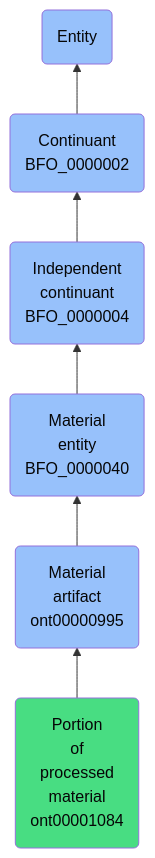
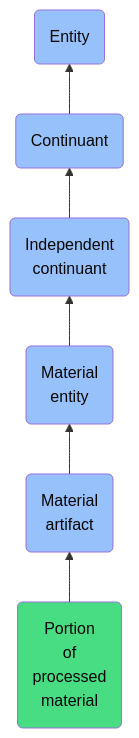
One commit to jupyter-naas/abi changed the diagram in docs/ontology/reference/model/Entity/Continuant/Independent continuant/Material entity/Material artifact/Portion of processed material/Portion of processed material.md. Above: the diagram before and after it, drawn with Mermaid. The commit also changed other lines of this file and 1430 other files, not shown here.

````diff
--- a/docs/ontology/reference/model/Entity/Continuant/Independent continuant/Material entity/Material artifact/Portion of processed material/Portion of processed material.md
+++ b/docs/ontology/reference/model/Entity/Continuant/Independent continuant/Material entity/Material artifact/Portion of processed material/Portion of processed material.md
@@ -24,13 +24,13 @@
 ```mermaid
 graph BT
-    ont00001084(Portion<br>of<br>processed<br>material<br>ont00001084):::ABI-->ont00000995
-    ont00000995(Material<br>artifact<br>ont00000995):::BFO-->BFO_0000040
-    BFO_0000040(Material<br>entity<br>BFO_0000040):::BFO-->BFO_0000004
-    BFO_0000004(Independent<br>continuant<br>BFO_0000004):::BFO-->BFO_0000002
-    BFO_0000002(Continuant<br>BFO_0000002):::BFO-->BFO_0000001
+    ont00001084(Portion<br>of<br>processed<br>material):::ABI-->ont00000995
+    ont00000995(Material<br>artifact):::BFO-->BFO_0000040
+    BFO_0000040(Material<br>entity):::BFO-->BFO_0000004
+    BFO_0000004(Independent<br>continuant):::BFO-->BFO_0000002
+    BFO_0000002(Continuant):::BFO-->BFO_0000001
     BFO_0000001(Entity):::BFO
     
     classDef BFO fill:#97c1fb,color:#060606
     classDef CCO fill:#e4c51e,color:#060606
     classDef ABI fill:#48DD82,color:#060606
 ```
````
